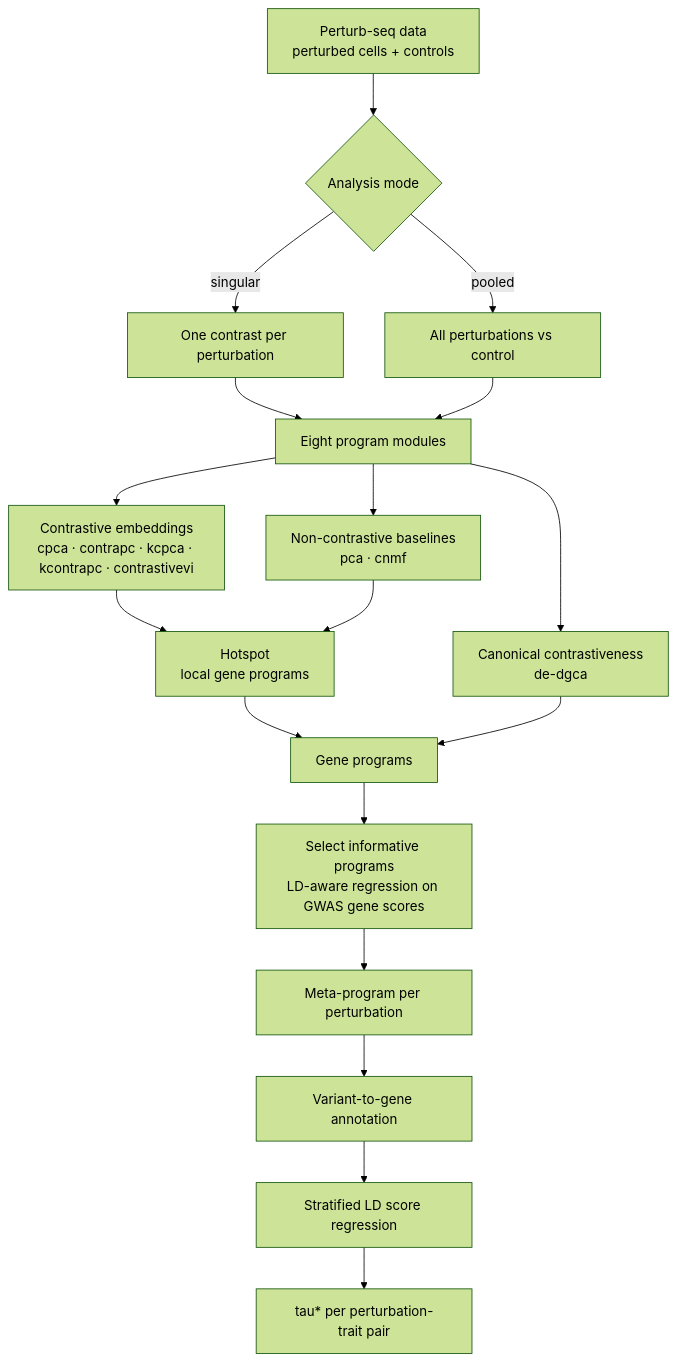
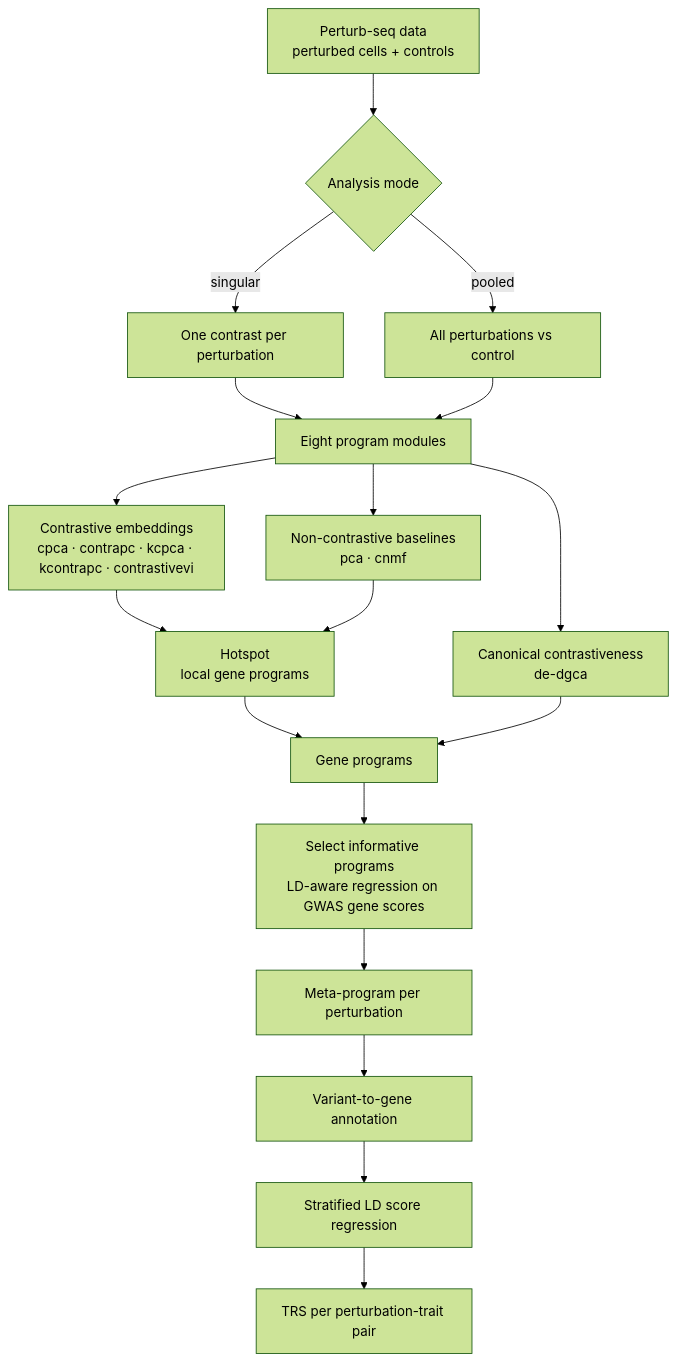
One commit to Deylab999MSKCC/perturbscape-docs changed the diagram in docs/index.md. Above: the diagram before and after it, drawn with Mermaid (forest theme). The commit also changed other lines of this file and 14 other files, not shown here.

````diff
--- a/docs/index.md
+++ b/docs/index.md
@@ -56,25 +56,25 @@
 ```mermaid
 flowchart TB
     A["Perturb-seq data<br/>perturbed cells + controls"] --> M{"Analysis mode"}
     M -->|singular| S["One contrast per perturbation"]
     M -->|pooled| P["All perturbations vs control"]
 
     S --> MODS["Eight program modules"]
     P --> MODS
 
     MODS --> C1["Contrastive embeddings<br/>cpca · contrapc · kcpca · kcontrapc · contrastivevi"]
     MODS --> C2["Non-contrastive baselines<br/>pca · cnmf"]
     MODS --> C3["Canonical contrastiveness<br/>de-dgca"]
 
     C1 --> HS["Hotspot<br/>local gene programs"]
     C2 --> HS
 
     HS --> GP["Gene programs"]
     C3 --> GP
 
     GP --> SEL["Select informative programs<br/>LD-aware regression on GWAS gene scores"]
     SEL --> MP["Meta-program per perturbation"]
     MP --> ANN["Variant-to-gene annotation"]
     ANN --> LD["Stratified LD score regression"]
-    LD --> OUT["tau* per perturbation-trait pair"]
+    LD --> OUT["TRS per perturbation-trait pair"]
 ```
````
